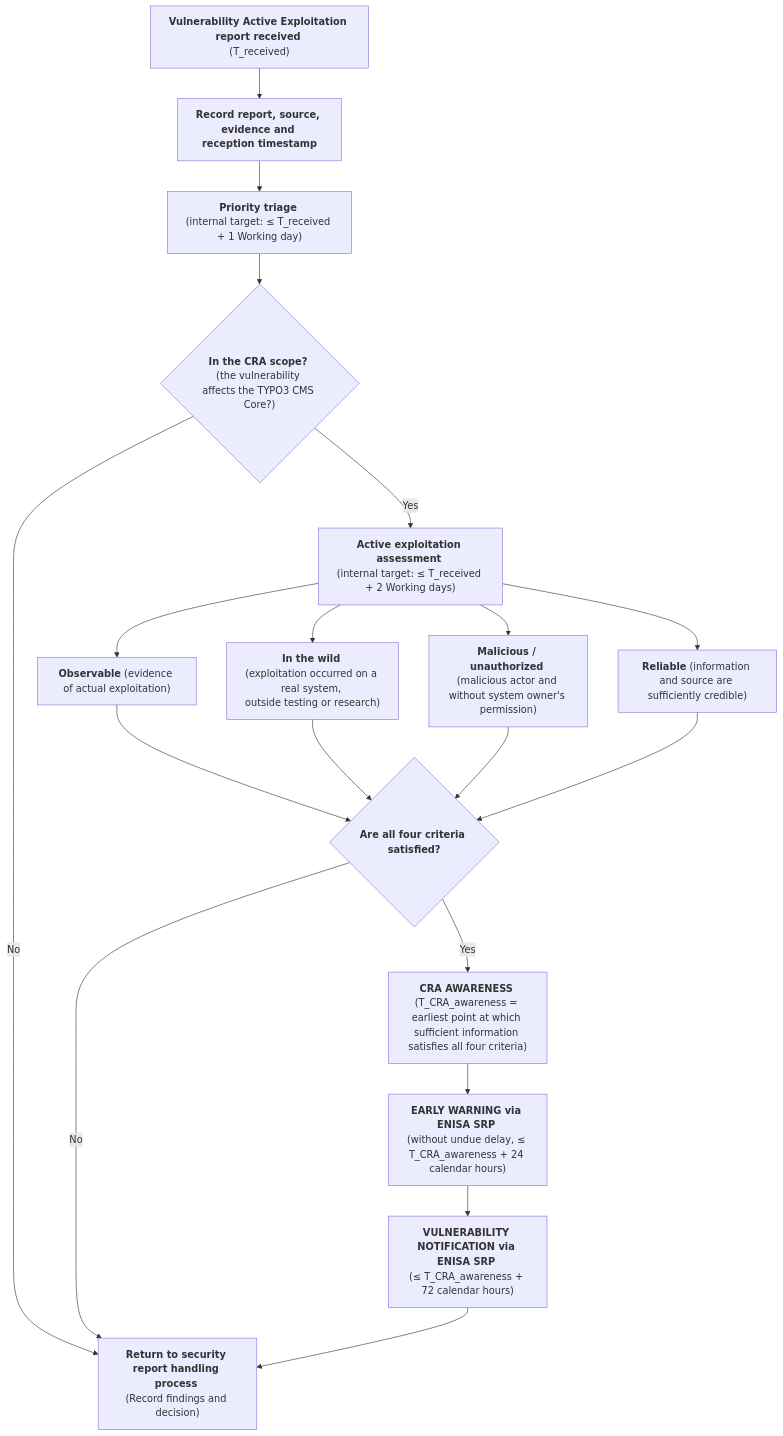
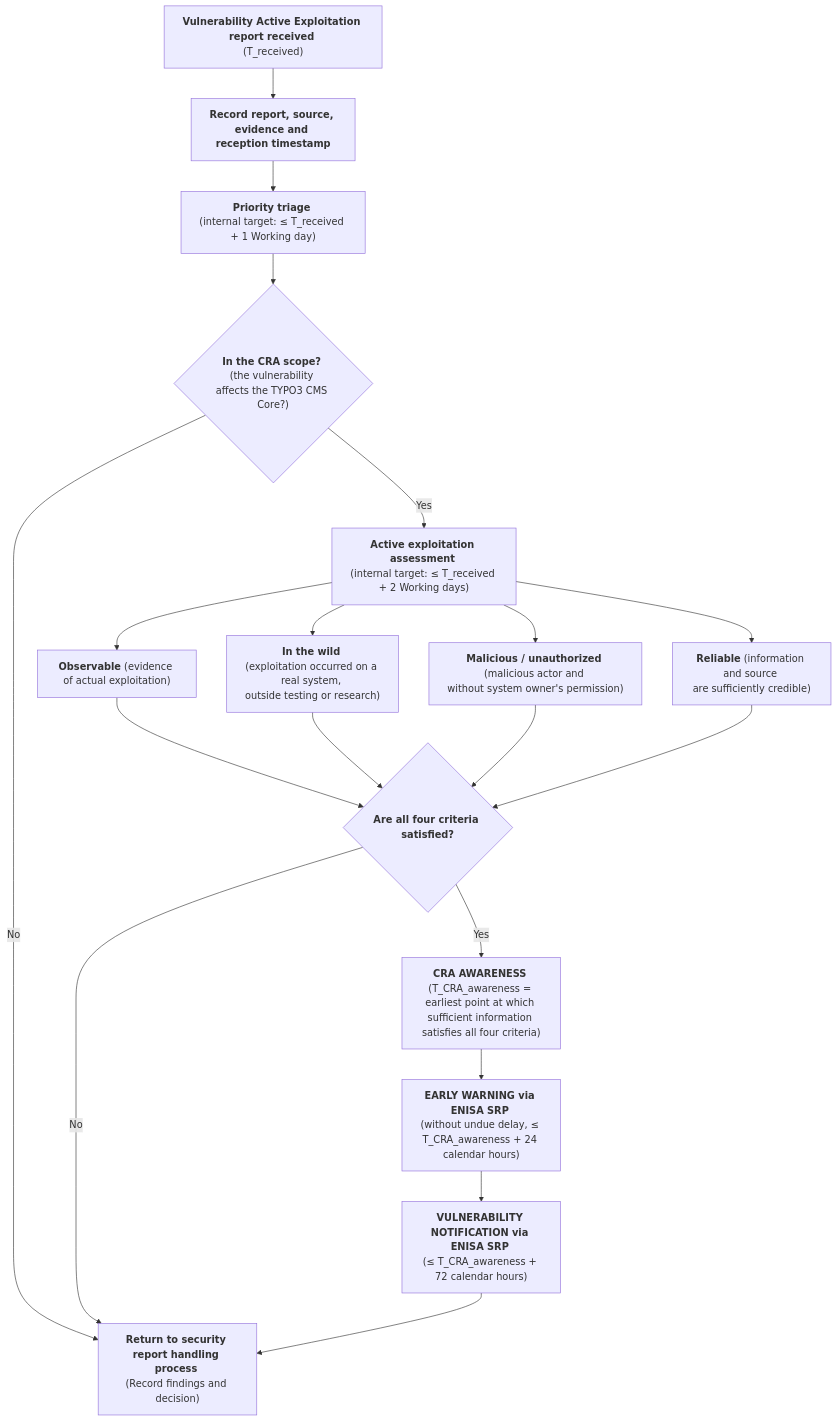
The diagram in templates/actively-exploited-vulnerability-process.md (rfoucard/cra-fast-track), drawn with Mermaid before and after one commit.

````diff
--- a/templates/actively-exploited-vulnerability-process.md
+++ b/templates/actively-exploited-vulnerability-process.md
@@ -15,32 +15,32 @@
 ```mermaid
 flowchart TD
 
     A["<strong>Vulnerability&nbsp;Active&nbsp;Exploitation report received</strong> \n(T_received)"] --> B["<strong>Record&nbsp;report,&nbsp;source, evidence and reception timestamp</strong>"]
 
     B --> C["<strong>Priority triage</strong> \n(internal&nbsp;target:&nbsp;≤&nbsp;T_received + 1 Working day)"]
 
     C --> D{"<strong>In&nbsp;the&nbsp;CRA&nbsp;scope?</strong> (the vulnerability affects the TYPO3 CMS Core?)"}
 
     D -- "No" --> X["<strong>Return to security report handling process</strong> \n(Record findings and decision)"]
 
     D -- "Yes" --> E["<strong>Active exploitation assessment</strong> \n(internal&nbsp;target:&nbsp;≤&nbsp;T_received + 2 Working days)"]
 
     E --> F["<strong>Observable</strong> (evidence of actual&nbsp;exploitation)"]
     E --> G["<strong>In the wild</strong> (exploitation&nbsp;occurred on a real system, outside&nbsp;testing&nbsp;or&nbsp;research)"]
-    E --> H["<strong>Malicious / unauthorized</strong> (malicious actor and without system owner's permission)"]
-    E --> I["<strong>Reliable</strong> (information and source are sufficiently credible)"]
+    E --> H["<strong>Malicious / unauthorized</strong> (malicious actor and without&nbsp;system&nbsp;owner's&nbsp;permission)"]
+    E --> I["<strong>Reliable</strong> (information and source are&nbsp;sufficiently&nbsp;credible)"]
 
     F --> J{"<strong>Are all four criteria satisfied?</strong>"}
     G --> J
     H --> J
     I --> J
 
     J -- "No" --> X
     J -- "Yes" --> L["<strong>CRA AWARENESS</strong> \n(T_CRA_awareness = earliest point at which sufficient information satisfies all four criteria)"]
 
     L --> M["<strong>EARLY WARNING via ENISA SRP</strong> \n(without undue delay, ≤ T_CRA_awareness + 24 calendar hours)"]
 
     M --> N["<strong>VULNERABILITY NOTIFICATION via ENISA SRP</strong> \n(≤ T_CRA_awareness + 72 calendar hours)"]
 
     N --> X
 ```
````
